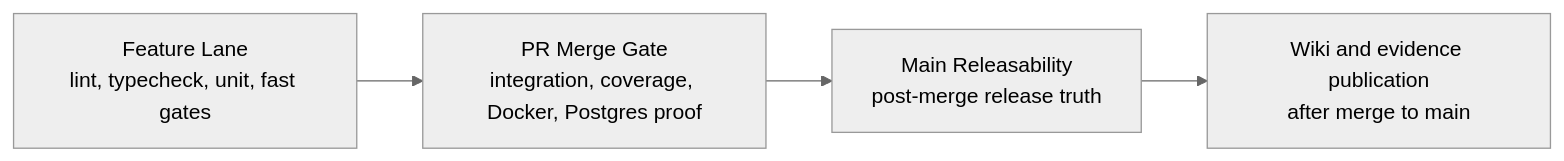
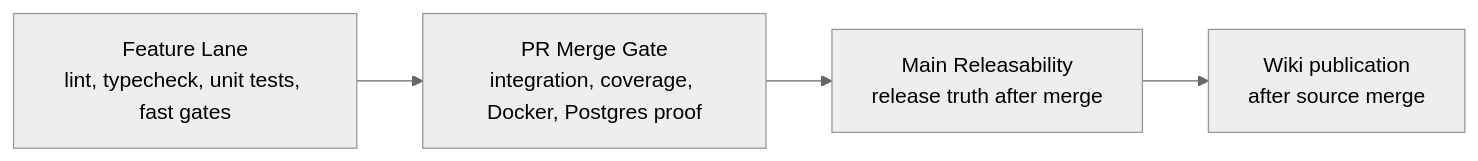
One commit to sgajbi/lotus-idea changed the second of 2 diagrams in README.md. Above: the diagram before and after it, drawn with Mermaid (neutral theme). The commit also changed other lines of this file, not shown here.

````diff
--- a/README.md
+++ b/README.md
@@ -217,9 +162,9 @@
 ```mermaid
 flowchart LR
-    Feature["Feature Lane<br/>lint, typecheck, unit, fast gates"]
+    Feature["Feature Lane<br/>lint, typecheck, unit tests, fast gates"]
     PR["PR Merge Gate<br/>integration, coverage, Docker, Postgres proof"]
-    Main["Main Releasability<br/>post-merge release truth"]
-    Publish["Wiki and evidence publication<br/>after merge to main"]
+    Main["Main Releasability<br/>release truth after merge"]
+    Wiki["Wiki publication<br/>after source merge"]
 
-    Feature --> PR --> Main --> Publish
+    Feature --> PR --> Main --> Wiki
 ```
````
